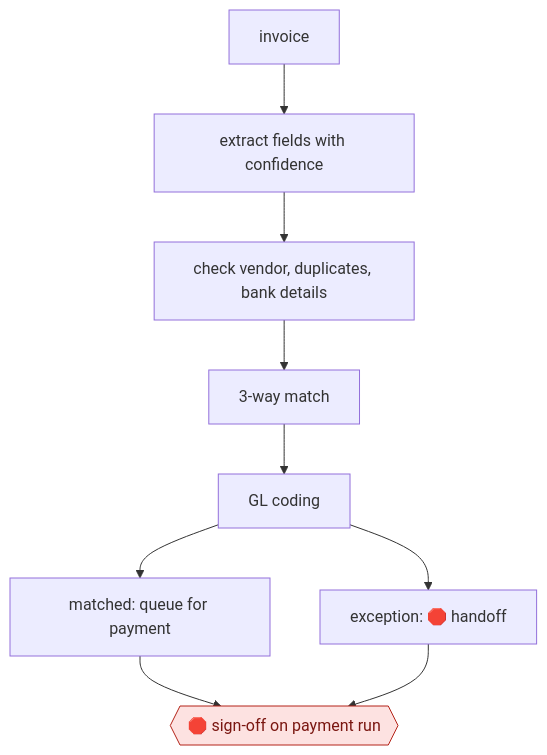
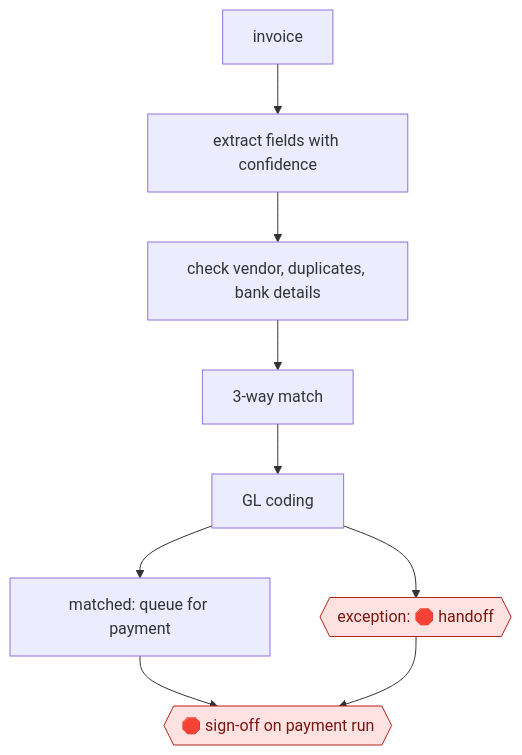
One commit to milesradford99/agent-workflow-atlas changed the diagram in workflows/PRO/FIN/AP/invoice-extract-match-route/README.md. Above: the diagram before and after it, drawn with Mermaid. The commit also changed other lines of this file and 171 other files, not shown here.

````diff
--- a/workflows/PRO/FIN/AP/invoice-extract-match-route/README.md
+++ b/workflows/PRO/FIN/AP/invoice-extract-match-route/README.md
@@ -29,20 +29,20 @@
 ```mermaid
 flowchart TD
   n1["invoice"]
   n2["extract fields with confidence"]
+  n3["check vendor, duplicates, bank details"]
+  n4["3-way match"]
+  n5["GL coding"]
+  n6["matched: queue for payment"]
+  n7{{"exception: 🛑 handoff"}}:::stop
+  n8{{"🛑 sign-off on payment run"}}:::stop
   n1 --> n2
-  n3["check vendor, duplicates, bank details"]
   n2 --> n3
-  n4["3-way match"]
   n3 --> n4
-  n5["GL coding"]
   n4 --> n5
-  n6["matched: queue for payment"]
   n5 --> n6
-  n7["exception: 🛑 handoff"]
   n5 --> n7
-  n8{{"🛑 sign-off on payment run"}}:::stop
   n6 --> n8
   n7 --> n8
   classDef stop fill:#fde2e1,stroke:#b42318,color:#7a1610
 ```
````
